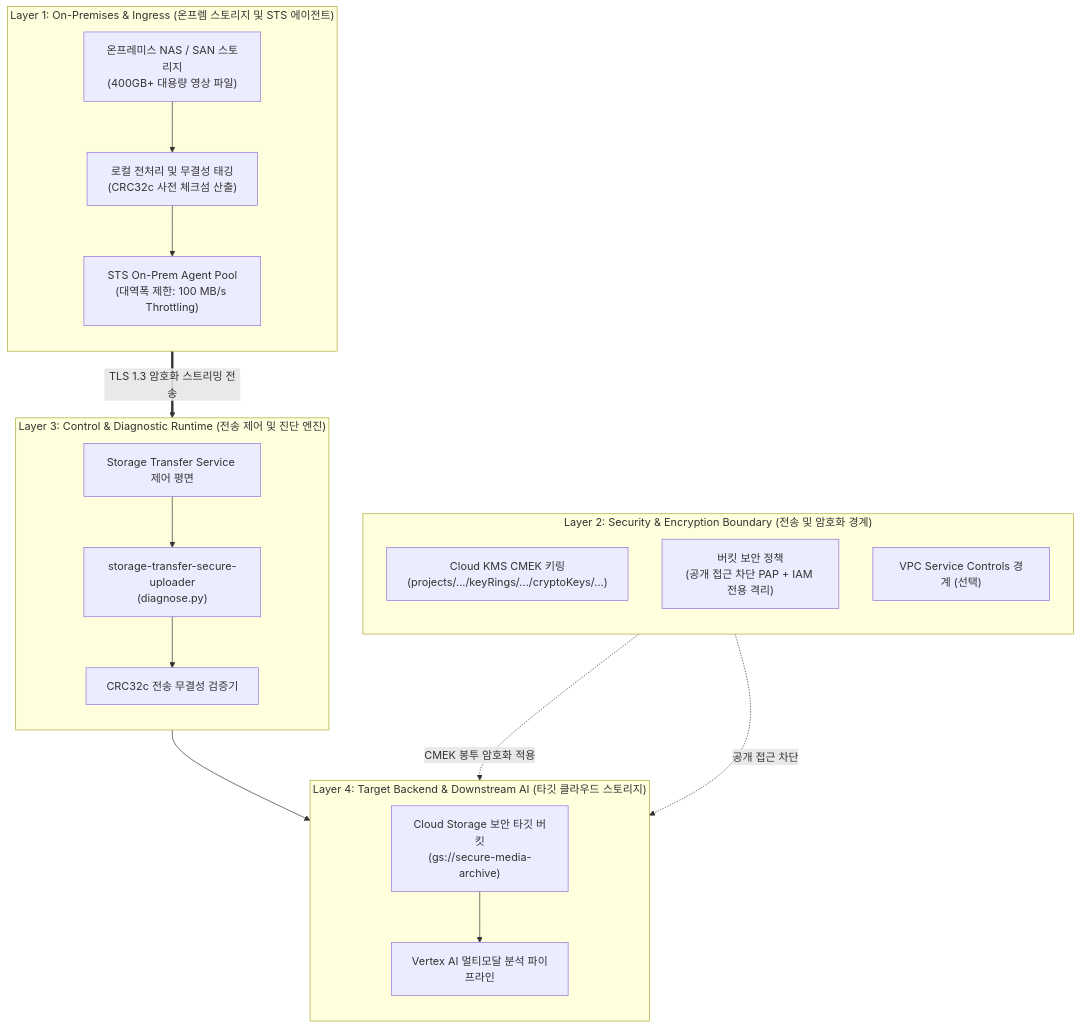
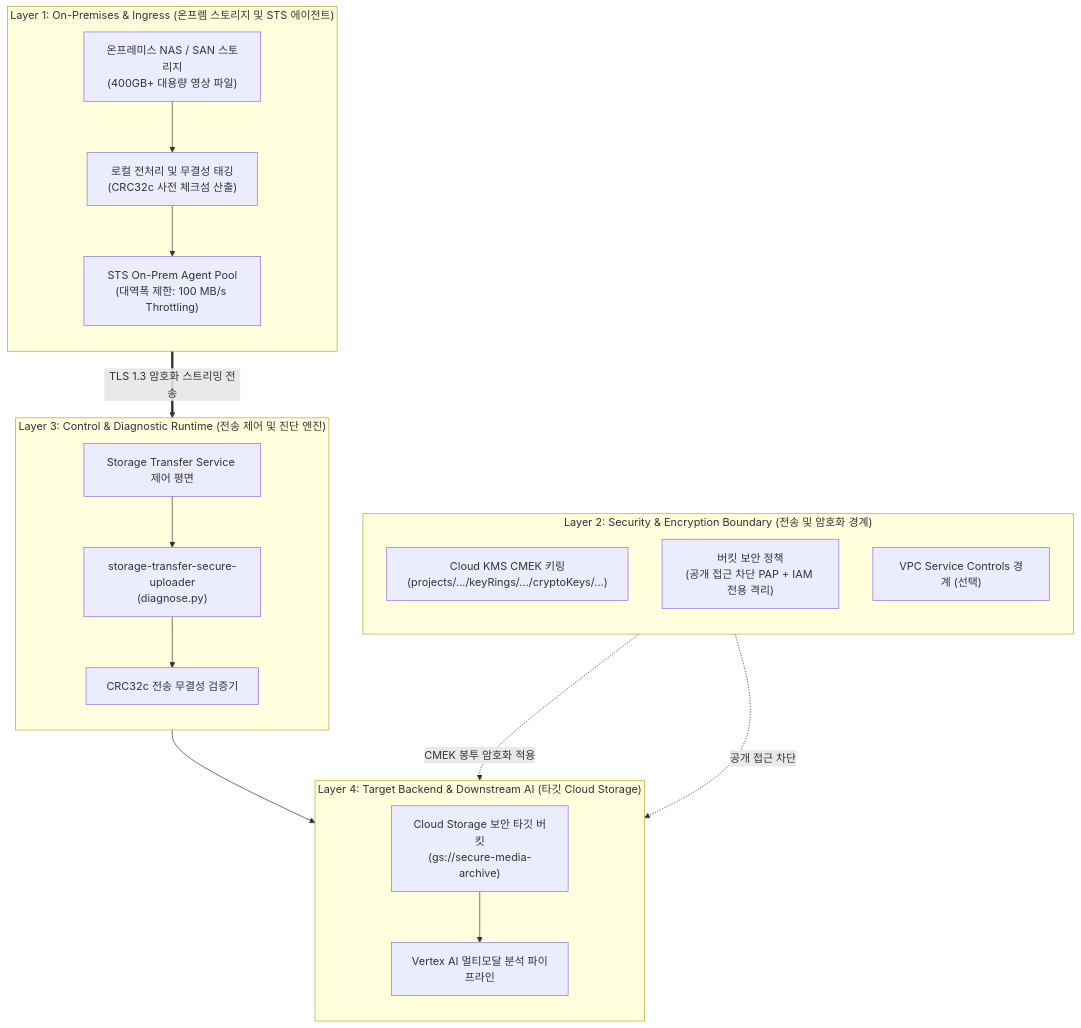
One commit to jiangjun-forge/google-cloud-0-to-1 changed the diagram in samples/storage-transfer-secure-uploader/README.md. Above: the diagram before and after it, drawn with Mermaid. The commit also changed other lines of this file and 229 other files, not shown here.

````diff
--- a/samples/storage-transfer-secure-uploader/README.md
+++ b/samples/storage-transfer-secure-uploader/README.md
@@ -95,39 +95,39 @@
 ```mermaid
 flowchart TB
     subgraph Layer1["Layer 1: On-Premises & Ingress (온프렘 스토리지 및 STS 에이전트)"]
         direction TB
         OnPremMedia["온프레미스 NAS / SAN 스토리지<br/>(400GB+ 대용량 영상 파일)"]
         LocalDedupe["로컬 전처리 및 무결성 태깅<br/>(CRC32c 사전 체크섬 산출)"]
         STSAgentPool["STS On-Prem Agent Pool<br/>(대역폭 제한: 100 MB/s Throttling)"]
         OnPremMedia --> LocalDedupe
         LocalDedupe --> STSAgentPool
     end
 
     subgraph Layer2["Layer 2: Security & Encryption Boundary (전송 및 암호화 경계)"]
         direction TB
         CloudKMS["Cloud KMS CMEK 키링<br/>(projects/.../keyRings/.../cryptoKeys/...)"]
         BucketPolicy["버킷 보안 정책<br/>(공개 접근 차단 PAP + IAM 전용 격리)"]
         VPCSCPerimeter["VPC Service Controls 경계 (선택)"]
     end
 
     subgraph Layer3["Layer 3: Control & Diagnostic Runtime (전송 제어 및 진단 엔진)"]
         direction TB
         STSControlPlane["Storage Transfer Service 제어 평면"]
         TransferGuard["storage-transfer-secure-uploader<br/>(diagnose.py)"]
         ChecksumValidator["CRC32c 전송 무결성 검증기"]
         STSControlPlane --> TransferGuard
         TransferGuard --> ChecksumValidator
     end
 
-    subgraph Layer4["Layer 4: Target Backend & Downstream AI (타깃 클라우드 스토리지)"]
+    subgraph Layer4["Layer 4: Target Backend & Downstream AI (타깃 Cloud Storage)"]
         direction TB
         SecureBucket["Cloud Storage 보안 타깃 버킷<br/>(gs://secure-media-archive)"]
         VertexAIMultimodal["Vertex AI 멀티모달 분석 파이프라인"]
     end
 
     STSAgentPool ==>|"TLS 1.3 암호화 스트리밍 전송"| STSControlPlane
     STSControlPlane --> SecureBucket
     CloudKMS -.->|"CMEK 봉투 암호화 적용"| SecureBucket
     BucketPolicy -.->|"공개 접근 차단"| SecureBucket
     SecureBucket --> VertexAIMultimodal
 ```
````
